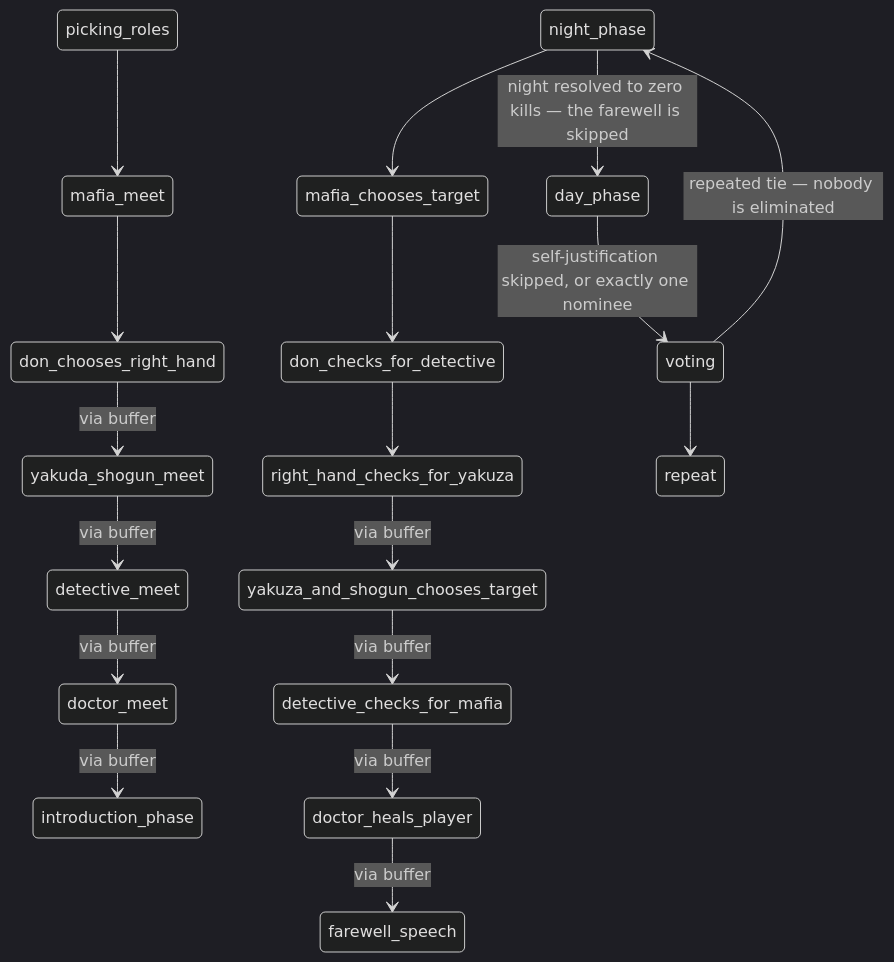
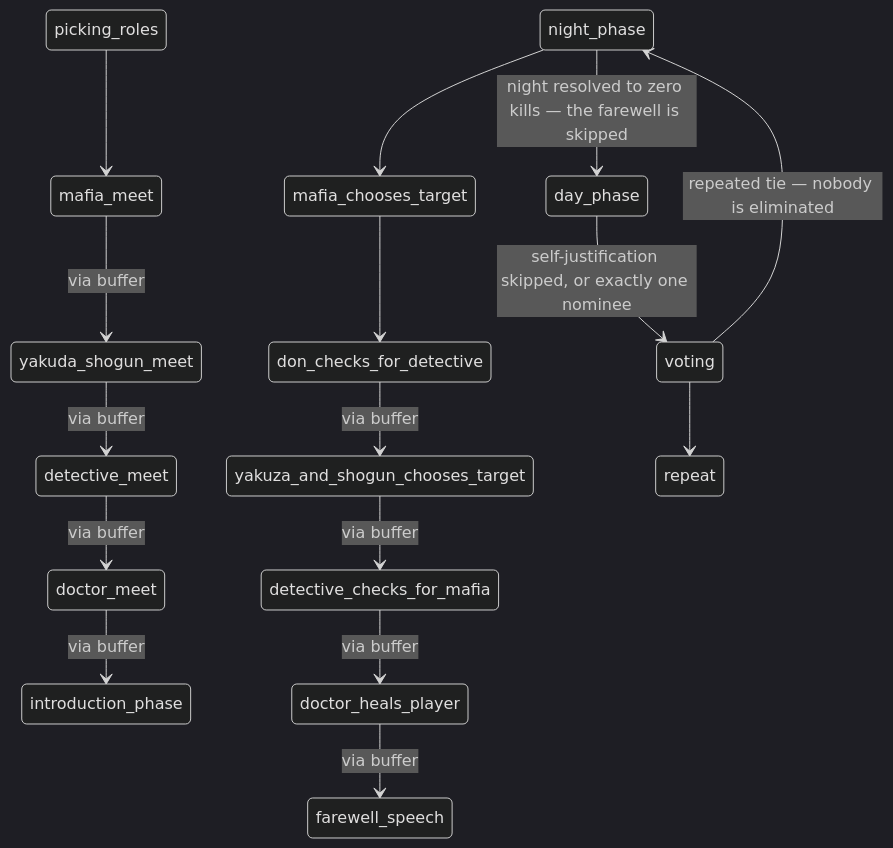
One commit to Davidchiradze/online-mafia-game changed the second of 2 diagrams in docs/generated/game-spec.md. Above: the diagram before and after it, drawn with Mermaid (dark theme). The commit also changed other lines of this file and 103 other files, not shown here.

````diff
--- a/docs/generated/game-spec.md
+++ b/docs/generated/game-spec.md
@@ -185,20 +179,18 @@
 ```mermaid
 stateDiagram-v2
     picking_roles --> mafia_meet
-    mafia_meet --> don_chooses_right_hand
-    don_chooses_right_hand --> yakuda_shogun_meet : via buffer
+    mafia_meet --> yakuda_shogun_meet : via buffer
     yakuda_shogun_meet --> detective_meet : via buffer
     detective_meet --> doctor_meet : via buffer
     doctor_meet --> introduction_phase : via buffer
     night_phase --> mafia_chooses_target
     mafia_chooses_target --> don_checks_for_detective
-    don_checks_for_detective --> right_hand_checks_for_yakuza
-    right_hand_checks_for_yakuza --> yakuza_and_shogun_chooses_target : via buffer
+    don_checks_for_detective --> yakuza_and_shogun_chooses_target : via buffer
     yakuza_and_shogun_chooses_target --> detective_checks_for_mafia : via buffer
     detective_checks_for_mafia --> doctor_heals_player : via buffer
     doctor_heals_player --> farewell_speech : via buffer
     voting --> repeat
     day_phase --> voting : self-justification skipped, or exactly one nominee
     night_phase --> day_phase : night resolved to zero kills — the farewell is skipped
     voting --> night_phase : repeated tie — nobody is eliminated
 ```
````
